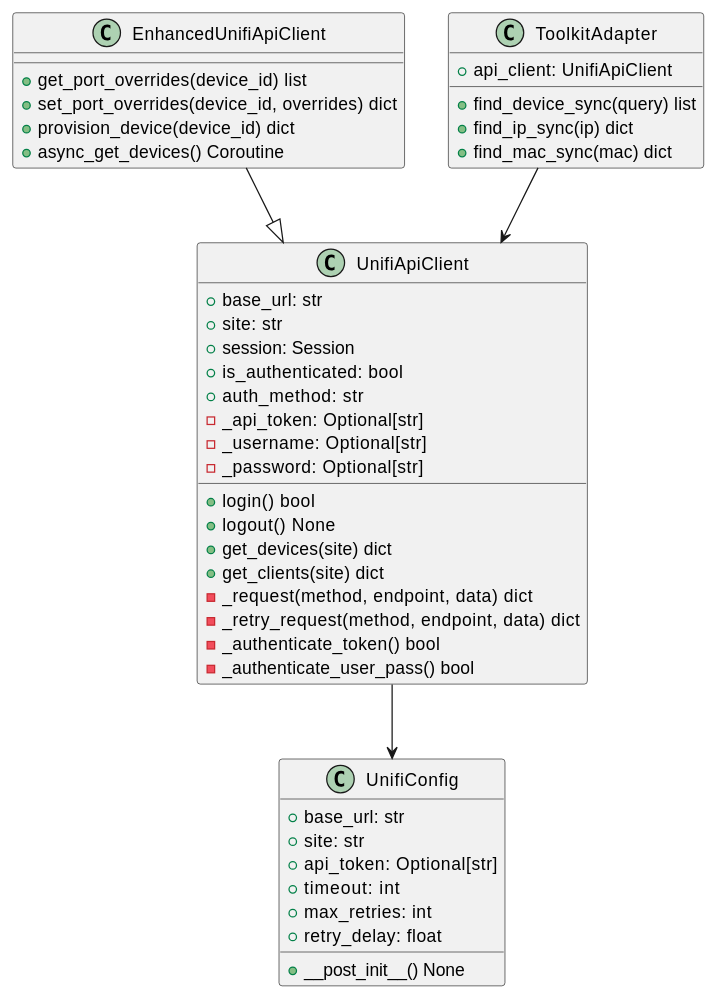
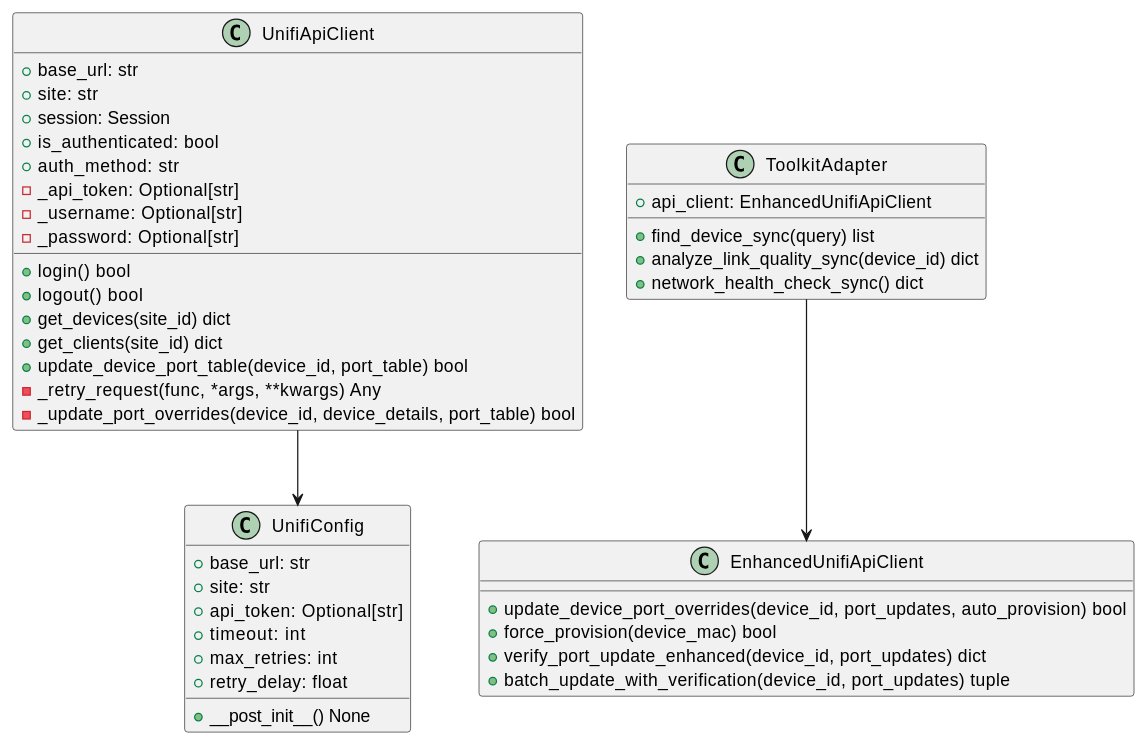
Before and after one commit to NetDevAutomate/unifi_management_cli: diagram 16 of 26 in docs/architecture/c4-architecture.md, drawn with PlantUML. The commit also changed other lines of this file and 2 other files, not shown here.

First line of the commit message:
docs(architecture): refresh the C4 and overview docs

````diff
--- a/docs/architecture/c4-architecture.md
+++ b/docs/architecture/c4-architecture.md
@@ -602,50 +648,48 @@
 ```plantuml
 @startuml Code_APIClient
 class UnifiApiClient {
     +base_url: str
     +site: str
     +session: Session
     +is_authenticated: bool
     +auth_method: str
     -_api_token: Optional[str]
     -_username: Optional[str]
     -_password: Optional[str]
     +login() bool
-    +logout() None
-    +get_devices(site) dict
-    +get_clients(site) dict
-    -_request(method, endpoint, data) dict
-    -_retry_request(method, endpoint, data) dict
-    -_authenticate_token() bool
-    -_authenticate_user_pass() bool
+    +logout() bool
+    +get_devices(site_id) dict
+    +get_clients(site_id) dict
+    +update_device_port_table(device_id, port_table) bool
+    -_retry_request(func, *args, **kwargs) Any
+    -_update_port_overrides(device_id, device_details, port_table) bool
 }
 
 class EnhancedUnifiApiClient {
-    +get_port_overrides(device_id) list
-    +set_port_overrides(device_id, overrides) dict
-    +provision_device(device_id) dict
-    +async_get_devices() Coroutine
+    +update_device_port_overrides(device_id, port_updates, auto_provision) bool
+    +force_provision(device_mac) bool
+    +verify_port_update_enhanced(device_id, port_updates) dict
+    +batch_update_with_verification(device_id, port_updates) tuple
 }
 
 class UnifiConfig {
     +base_url: str
     +site: str
     +api_token: Optional[str]
     +timeout: int
     +max_retries: int
     +retry_delay: float
     +__post_init__() None
 }
 
 class ToolkitAdapter {
-    +api_client: UnifiApiClient
+    +api_client: EnhancedUnifiApiClient
     +find_device_sync(query) list
-    +find_ip_sync(ip) dict
-    +find_mac_sync(mac) dict
+    +analyze_link_quality_sync(device_id) dict
+    +network_health_check_sync() dict
 }
 
-EnhancedUnifiApiClient --|> UnifiApiClient
-ToolkitAdapter --> UnifiApiClient
+ToolkitAdapter --> EnhancedUnifiApiClient
 UnifiApiClient --> UnifiConfig
 @enduml
 ```
````
